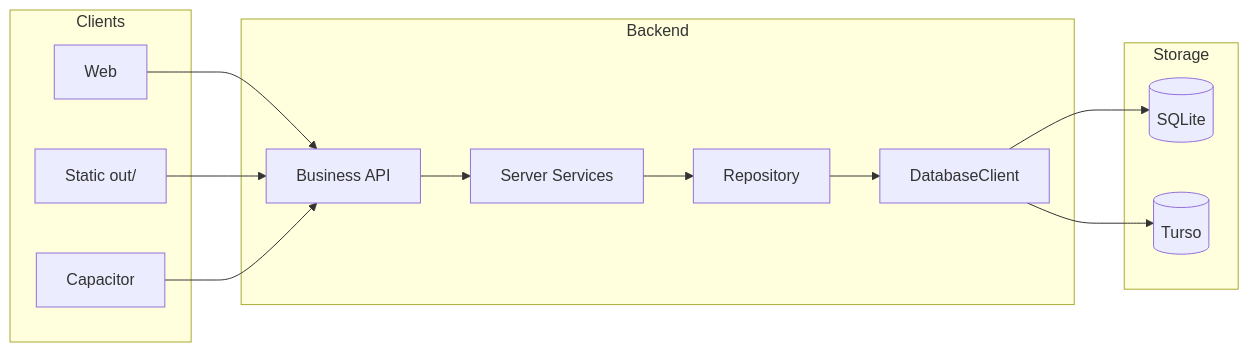
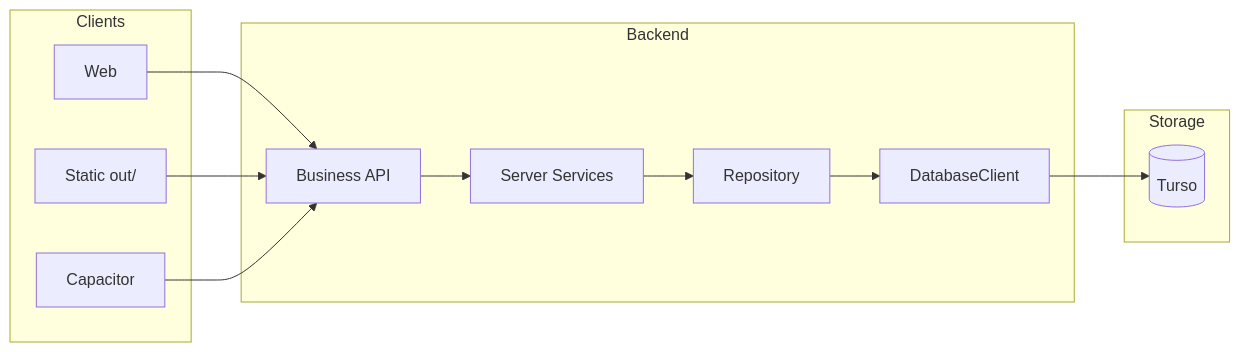
The diagram in docs/02-data-and-storage/cache-rules-and-data-flow.md (printcode1000-lgtm/gova), drawn with Mermaid before and after one commit. The commit also changed other lines of this file and 639 other files, not shown here.

````diff
--- a/docs/02-data-and-storage/cache-rules-and-data-flow.md
+++ b/docs/02-data-and-storage/cache-rules-and-data-flow.md
@@ -152,24 +156,22 @@
 ```mermaid
 flowchart LR
   subgraph Clients
     A[Web]
     B[Static out/]
     C[Capacitor]
   end
   subgraph Backend
     D[Business API]
     E[Server Services]
     F[Repository]
     G[DatabaseClient]
   end
   subgraph Storage
-    H[(SQLite)]
     I[(Turso)]
   end
   A --> D
   B --> D
   C --> D
   D --> E --> F --> G
-  G --> H
   G --> I
 ```
````
